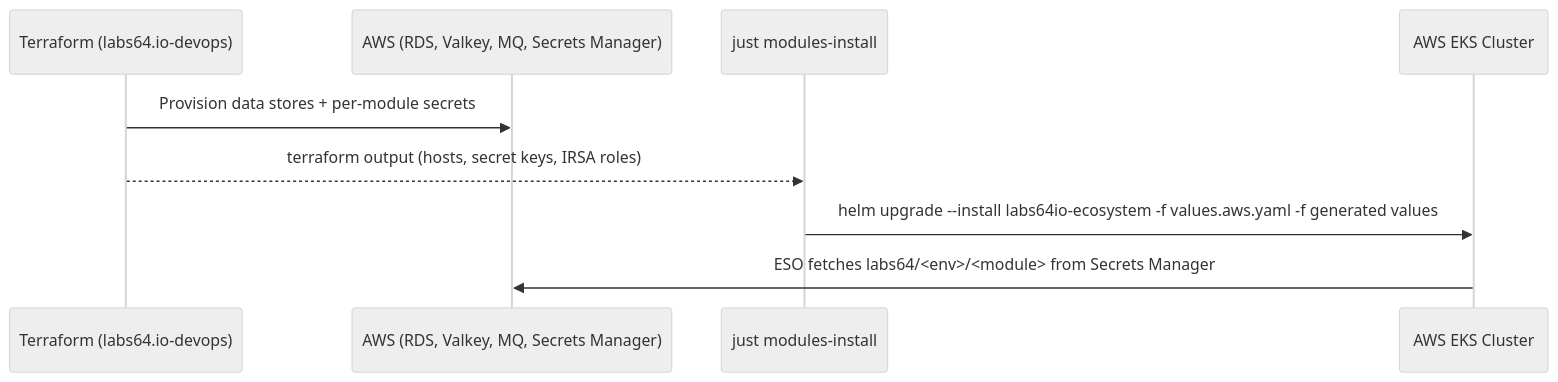
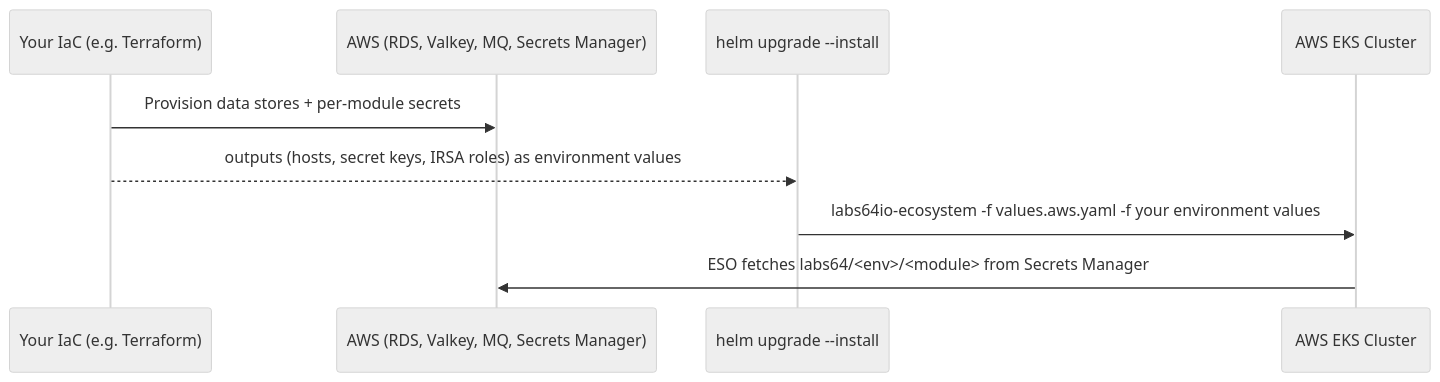
One commit to Labs64/labs64.io-helm-charts changed the third of 3 diagrams in README.md. Above: the diagram before and after it, drawn with Mermaid (neutral theme). The commit also changed other lines of this file and 51 other files, not shown here.

Commit message:
Document the AWS values as a reference profile

````diff
--- a/README.md
+++ b/README.md
@@ -109,12 +109,12 @@
 ```mermaid
 sequenceDiagram
-    participant TF as Terraform (labs64.io-devops)
+    participant TF as Your IaC (e.g. Terraform)
     participant AWS as AWS (RDS, Valkey, MQ, Secrets Manager)
-    participant Just as just modules-install
+    participant Just as helm upgrade --install
     participant Cluster as AWS EKS Cluster
 
     TF->>AWS: Provision data stores + per-module secrets
-    TF-->>Just: terraform output (hosts, secret keys, IRSA roles)
-    Just->>Cluster: helm upgrade --install labs64io-ecosystem -f values.aws.yaml -f generated values
+    TF-->>Just: outputs (hosts, secret keys, IRSA roles) as environment values
+    Just->>Cluster: labs64io-ecosystem -f values.aws.yaml -f your environment values
     Cluster->>AWS: ESO fetches labs64/<env>/<module> from Secrets Manager
 ```
````
